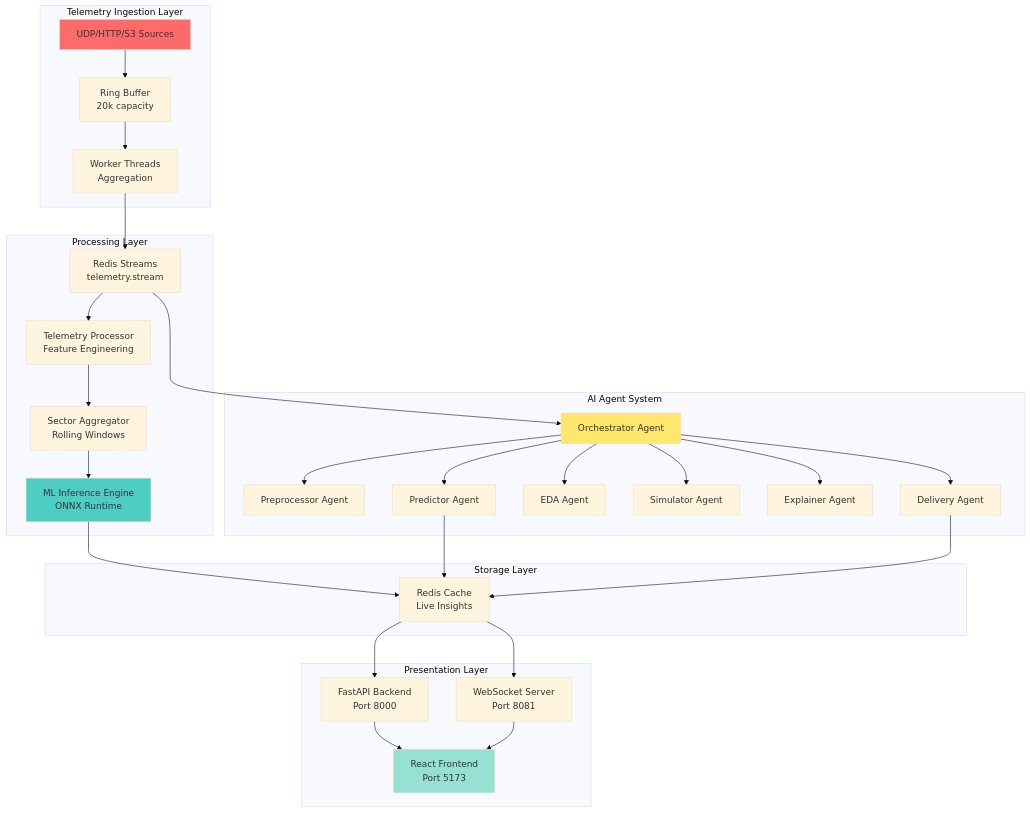
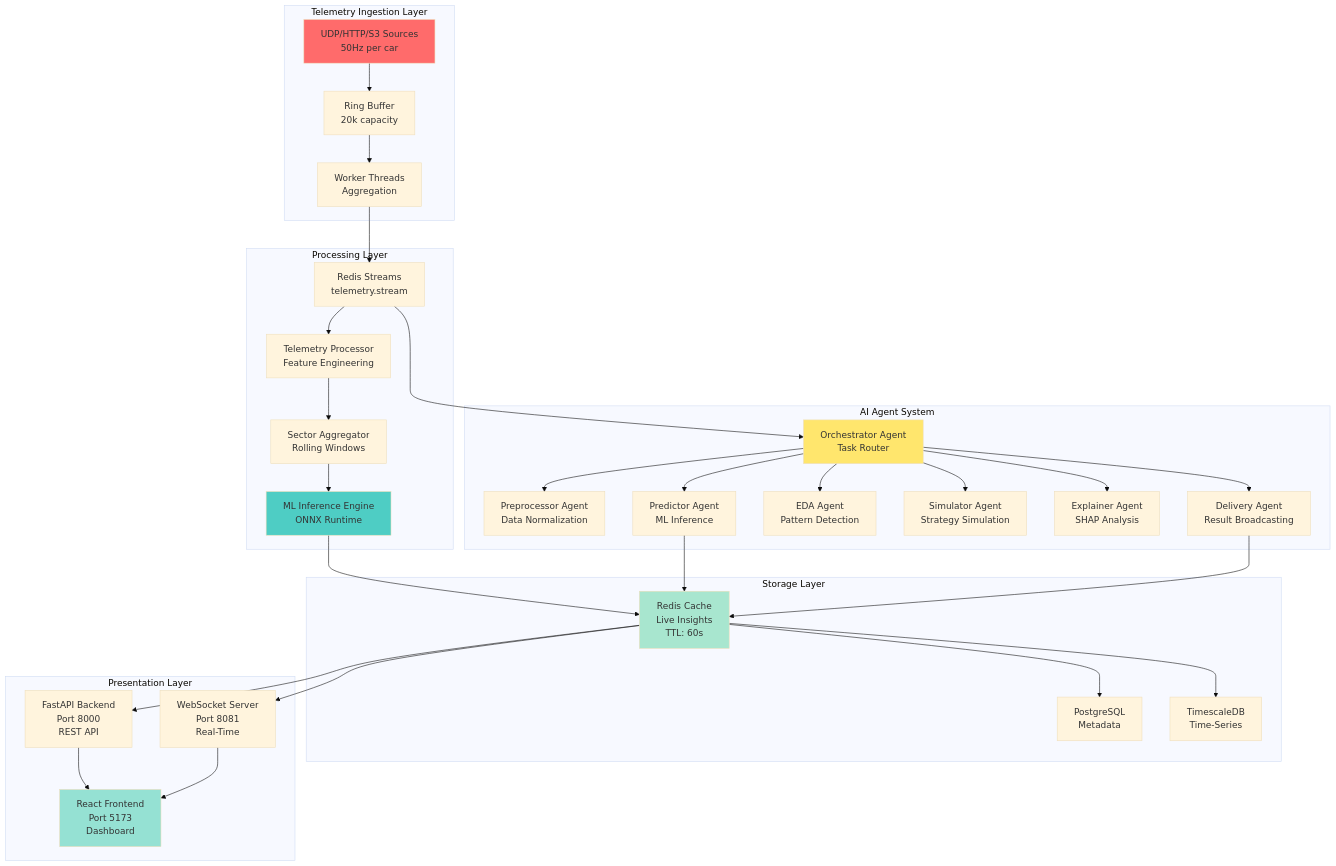
Before and after one commit to lucylow/blank-slate-canvas: the first of 27 diagrams in README.md, drawn with Mermaid (base theme). The commit also changed other lines of this file and 2 other files, not shown here.

````diff
--- a/README.md
+++ b/README.md
@@ -156,42 +153,45 @@
 ```mermaid
 graph TB
     subgraph "Telemetry Ingestion Layer"
-        A[UDP/HTTP/S3 Sources] --> B[Ring Buffer<br/>20k capacity]
+        A[UDP/HTTP/S3 Sources<br/>50Hz per car] --> B[Ring Buffer<br/>20k capacity]
         B --> C[Worker Threads<br/>Aggregation]
     end
     
     subgraph "Processing Layer"
         C --> D[Redis Streams<br/>telemetry.stream]
         D --> E[Telemetry Processor<br/>Feature Engineering]
         E --> F[Sector Aggregator<br/>Rolling Windows]
         F --> G[ML Inference Engine<br/>ONNX Runtime]
     end
     
     subgraph "AI Agent System"
-        D --> H[Orchestrator Agent]
-        H --> I[Preprocessor Agent]
-        H --> J[Predictor Agent]
-        H --> K[EDA Agent]
-        H --> L[Simulator Agent]
-        H --> M[Explainer Agent]
-        H --> N[Delivery Agent]
+        D --> H[Orchestrator Agent<br/>Task Router]
+        H --> I[Preprocessor Agent<br/>Data Normalization]
+        H --> J[Predictor Agent<br/>ML Inference]
+        H --> K[EDA Agent<br/>Pattern Detection]
+        H --> L[Simulator Agent<br/>Strategy Simulation]
+        H --> M[Explainer Agent<br/>SHAP Analysis]
+        H --> N[Delivery Agent<br/>Result Broadcasting]
     end
     
     subgraph "Storage Layer"
-        G --> O[Redis Cache<br/>Live Insights]
+        G --> O[Redis Cache<br/>Live Insights<br/>TTL: 60s]
         J --> O
         N --> O
+        O --> P[PostgreSQL<br/>Metadata]
+        O --> Q[TimescaleDB<br/>Time-Series]
     end
     
     subgraph "Presentation Layer"
-        O --> P[FastAPI Backend<br/>Port 8000]
-        O --> Q[WebSocket Server<br/>Port 8081]
-        P --> R[React Frontend<br/>Port 5173]
-        Q --> R
+        O --> R[FastAPI Backend<br/>Port 8000<br/>REST API]
+        O --> S[WebSocket Server<br/>Port 8081<br/>Real-Time]
+        R --> T[React Frontend<br/>Port 5173<br/>Dashboard]
+        S --> T
     end
     
     style A fill:#ff6b6b
     style G fill:#4ecdc4
     style H fill:#ffe66d
-    style R fill:#95e1d3
+    style T fill:#95e1d3
+    style O fill:#a8e6cf
 ```
````
